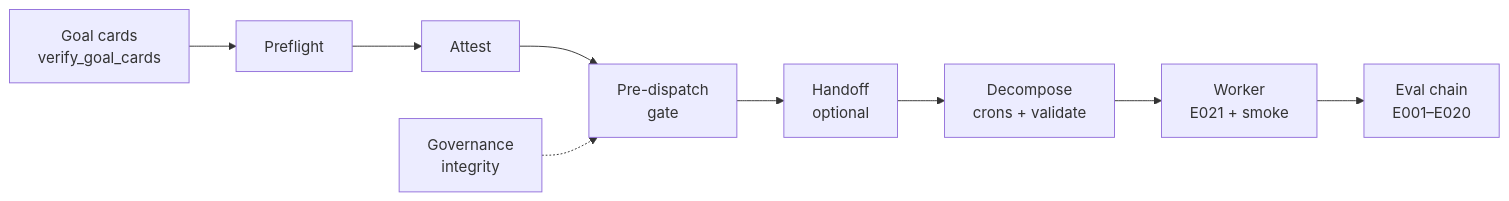
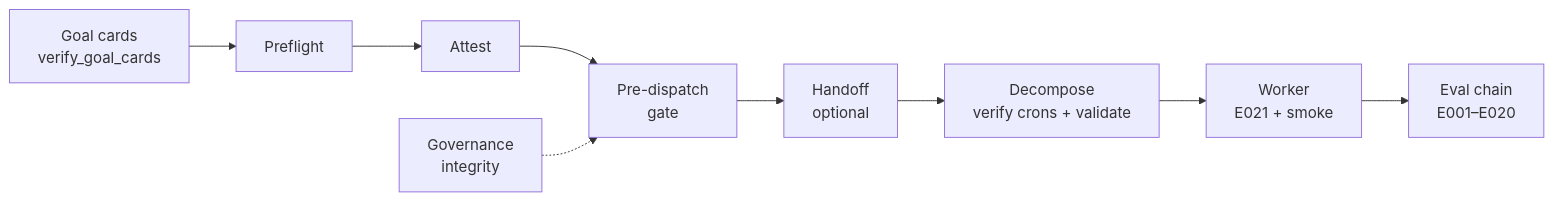
The second of 2 diagrams in docs/reference/architecture.md (thebizfixer/hermes-kanban-advanced-workflow), drawn with Mermaid before and after one commit. The commit also changed other lines of this file and 73 other files, not shown here.

````diff
--- a/docs/reference/architecture.md
+++ b/docs/reference/architecture.md
@@ -49,12 +49,12 @@
 ```mermaid
 flowchart LR
     VG["Goal cards<br/>verify_goal_cards"] --> PF["Preflight"]
     PF --> ATT["Attest"]
     ATT --> PDG["Pre-dispatch<br/>gate"]
     PDG --> HO["Handoff<br/>optional"]
-    HO --> DEC["Decompose<br/>crons + validate"]
+    HO --> DEC["Decompose<br/>verify crons + validate"]
     DEC --> W0["Worker<br/>E021 + smoke"]
     W0 --> EC["Eval chain<br/>E001–E020"]
 
     GI["Governance<br/>integrity"] -.-> PDG
 ```
````
